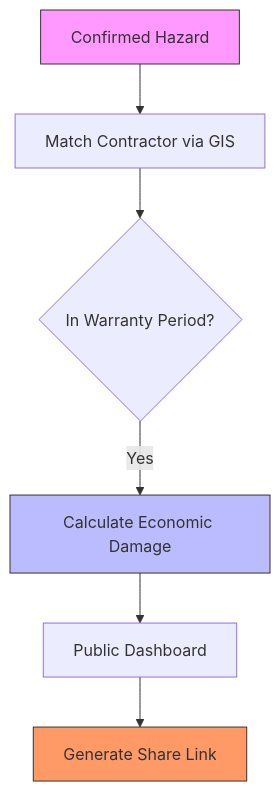
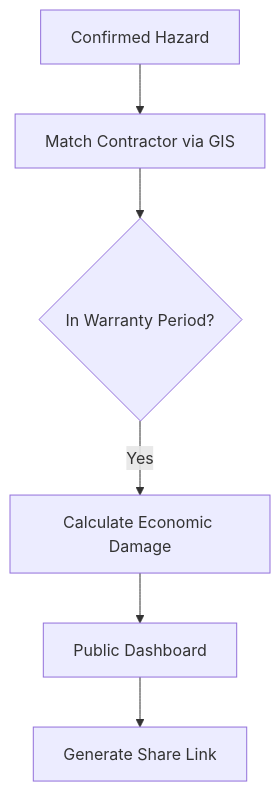
Before and after one commit to Goyam02/Sadak-Sathi: the fourth of 5 diagrams in README.md, drawn with Mermaid. The commit also changed other lines of this file, not shown here.

````diff
--- a/README.md
+++ b/README.md
@@ -179,12 +171,8 @@
 ```mermaid
 graph TD
     Hazard[Confirmed Hazard] --> Match[Match Contractor via GIS]
     Match --> Warranty{In Warranty Period?}
     Warranty -->|Yes| Calc[Calculate Economic Damage]
     Calc --> Dashboard[Public Dashboard]
     Dashboard --> Share[Generate Share Link]
-    
-    style Hazard fill:#f9f,stroke:#333
-    style Calc fill:#bbf,stroke:#333
-    style Share fill:#f96,stroke:#333
 ```
````
